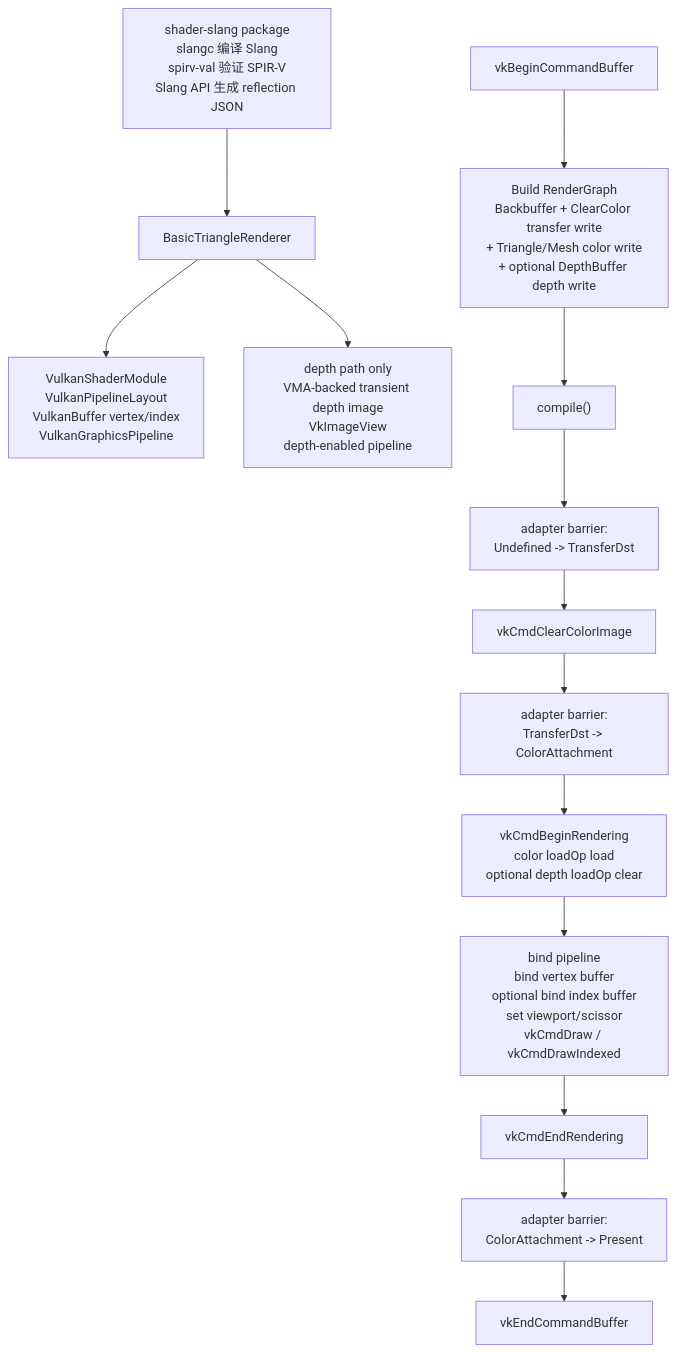
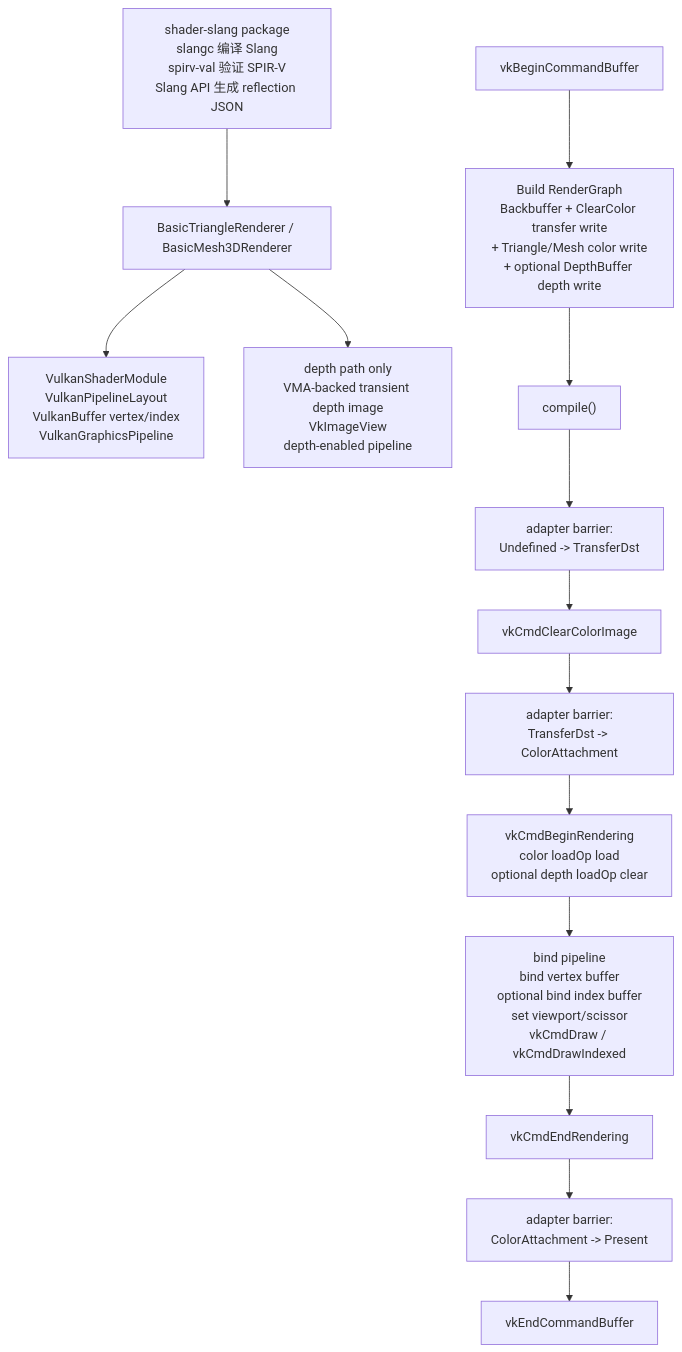
The eighth of 14 diagrams in docs/flow-architecture.md (66six11/Engine), drawn with Mermaid before and after one commit. The commit also changed other lines of this file and 9 other files, not shown here.

````diff
--- a/docs/flow-architecture.md
+++ b/docs/flow-architecture.md
@@ -307,22 +317,22 @@
 ```mermaid
 flowchart TD
     ShaderBuild["shader-slang package<br/>slangc 编译 Slang<br/>spirv-val 验证 SPIR-V<br/>Slang API 生成 reflection JSON"]
-    RendererObject["BasicTriangleRenderer"]
+    RendererObject["BasicTriangleRenderer / BasicMesh3DRenderer"]
     PipelineObjects["VulkanShaderModule<br/>VulkanPipelineLayout<br/>VulkanBuffer vertex/index<br/>VulkanGraphicsPipeline"]
     DepthObjects["depth path only<br/>VMA-backed transient depth image<br/>VkImageView<br/>depth-enabled pipeline"]
     Begin["vkBeginCommandBuffer"]
     BuildGraph["Build RenderGraph<br/>Backbuffer + ClearColor transfer write<br/>+ Triangle/Mesh color write<br/>+ optional DepthBuffer depth write"]
     Compile["compile()"]
     ToTransfer["adapter barrier:<br/>Undefined -> TransferDst"]
     Clear["vkCmdClearColorImage"]
     ToColor["adapter barrier:<br/>TransferDst -> ColorAttachment"]
     BeginRendering["vkCmdBeginRendering<br/>color loadOp load<br/>optional depth loadOp clear"]
     Draw["bind pipeline<br/>bind vertex buffer<br/>optional bind index buffer<br/>set viewport/scissor<br/>vkCmdDraw / vkCmdDrawIndexed"]
     EndRendering["vkCmdEndRendering"]
     ToPresent["adapter barrier:<br/>ColorAttachment -> Present"]
     End["vkEndCommandBuffer"]
 
     ShaderBuild --> RendererObject --> PipelineObjects
     RendererObject --> DepthObjects
     Begin --> BuildGraph --> Compile --> ToTransfer --> Clear --> ToColor --> BeginRendering --> Draw --> EndRendering --> ToPresent --> End
 ```
````
